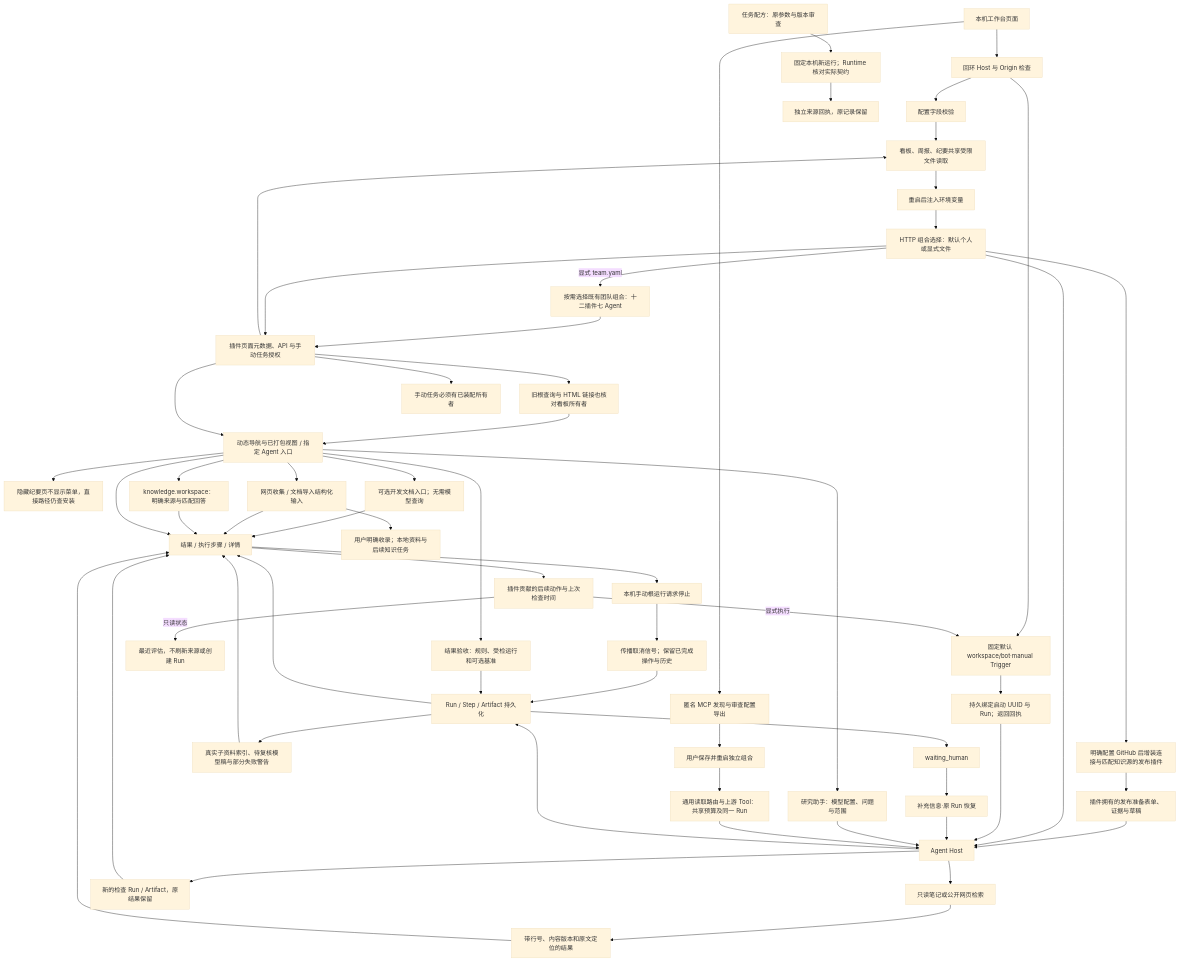
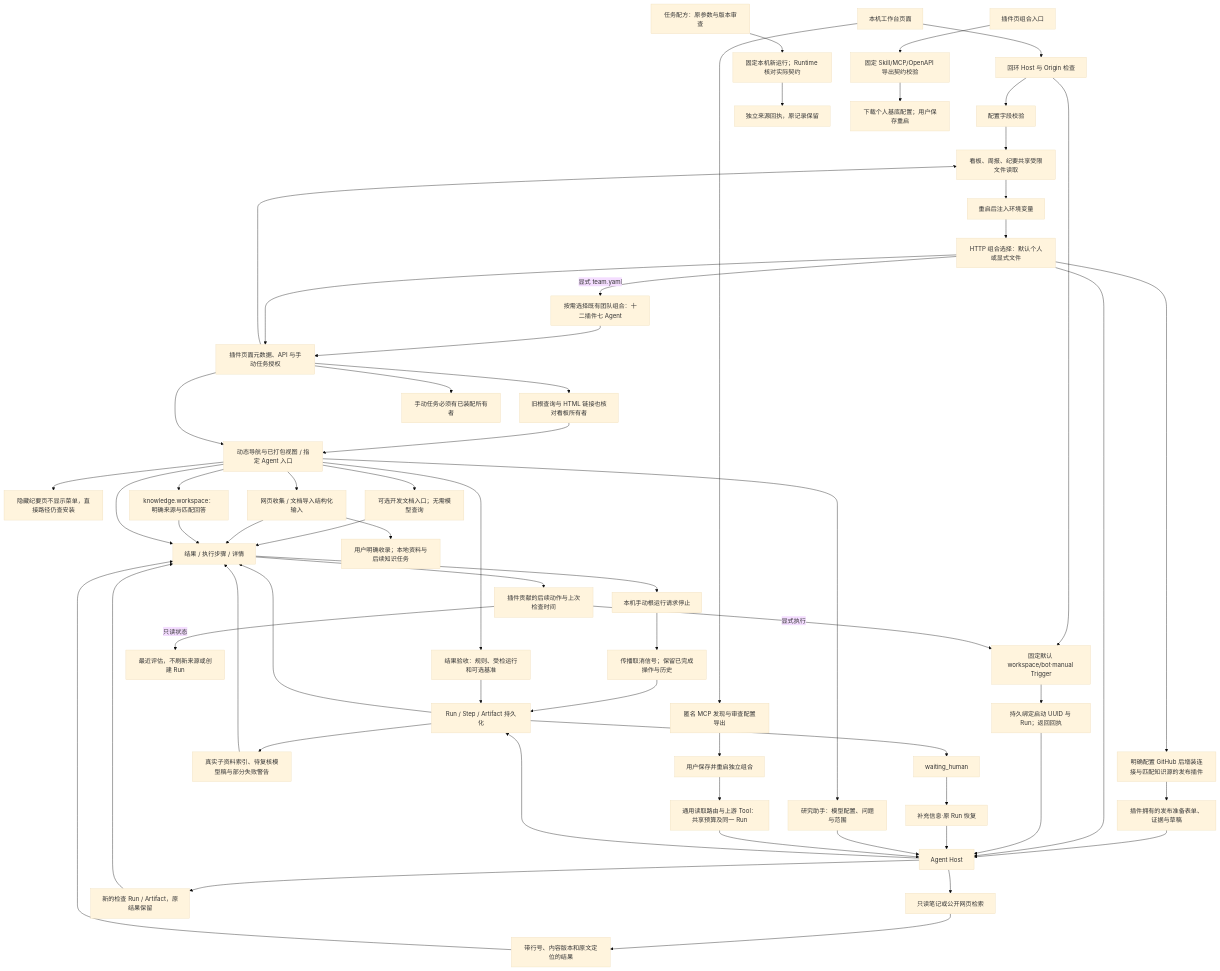
The first of 10 diagrams in backend/src/platform/workspace/FEATURE.md (KlayPeter/AI-Delivery-Ops-Agent), drawn with Mermaid (base theme) before and after one commit. The commit also changed other lines of this file and 30 other files, not shown here.

````diff
--- a/backend/src/platform/workspace/FEATURE.md
+++ b/backend/src/platform/workspace/FEATURE.md
@@ -19,60 +19,62 @@
 ```mermaid
 flowchart TD
     UI[本机工作台页面] --> G[回环 Host 与 Origin 检查]
     G --> CFG[配置字段校验]
     CFG --> FILE[connections.json 原子写入·0600]
     FILE --> BOOT[重启后注入环境变量]
     BOOT --> PL[HTTP 组合选择：默认个人或显式文件]
     PL -- 显式 team.yaml --> TEAM[按需选择既有团队组合：十二插件七 Agent]
     TEAM --> WEB
     PL --> GH[明确配置 GitHub 后增装连接与匹配知识源的发布插件]
     GH --> RP[插件拥有的发布准备表单、证据与草稿]
     RP --> H
     PL --> H[Agent Host]
     G --> T[固定默认 workspace/bot·manual Trigger]
     T --> ACK[持久绑定启动 UUID 与 Run；返回回执]
     ACK --> H
     V --> CANCEL[本机手动根运行请求停止]
     CANCEL --> SIGNAL[传播取消信号；保留已完成操作与历史]
     SIGNAL --> R
     H --> R[Run / Step / Artifact 持久化]
     R --> V[结果 / 执行步骤 / 详情]
     R --> WAIT[waiting_human]
     WAIT --> REPLY[补充信息·原 Run 恢复]
     REPLY --> H
     H --> K[只读笔记或公开网页检索]
     K --> EV[带行号、内容版本和原文定位的结果]
     EV --> V
     PL --> WEB[插件页面元数据、API 与手动任务授权]
     WEB --> ALIAS[旧根查询与 HTML 链接也核对看板所有者]
     ALIAS --> NAV
     WEB --> NAV[动态导航与已打包视图 / 指定 Agent 入口]
     NAV --> HIDDEN[隐藏纪要页不显示菜单，直接路径仍查安装]
     WEB --> FILE[看板、周报、纪要共享受限文件读取]
     NAV --> C7[可选开发文档入口；无需模型查询]
     C7 --> V
     NAV --> COL[网页收集 / 文档导入结构化输入]
     COL --> V
     NAV --> RS[研究助手：模型配置、问题与范围]
     RS --> H
     R --> RSINDEX[真实子资料索引、待复核模型稿与部分失败警告]
     RSINDEX --> V
     NAV --> KW[knowledge.workspace：明确来源与匹配回答]
     KW --> V
     NAV --> V
     WEB --> JOBS[手动任务必须有已装配所有者]
     V --> ACT[插件贡献的后续动作与上次检查时间]
     ACT -- 只读状态 --> KV[最近评估，不刷新来源或创建 Run]
     ACT -- 显式执行 --> T
     H --> CHECK[新的检查 Run / Artifact，原结果保留]
     CHECK --> V
     COL --> KLIB[用户明确收录；本地资料与后续知识任务]
     NAV --> QCP[结果验收：规则、受检运行和可选基准]
     QCP --> R
     UI --> MCPSETUP[匿名 MCP 发现与审查配置导出]
     MCPSETUP --> MCPRESTART[用户保存并重启独立组合]
     MCPRESTART --> MCPRUN[通用读取路由与上游 Tool：共享预算及同一 Run]
     MCPRUN --> H
     REC[任务配方：原参数与版本审查] --> RECRUN[固定本机新运行；Runtime 核对实际契约]
     RECRUN --> RECEIPT[独立来源回执，原记录保留]
+    PC[插件页组合入口] --> PVF[固定 Skill/MCP/OpenAPI 导出契约校验]
+    PVF --> PD[下载个人基底配置；用户保存重启]
 ```
````
